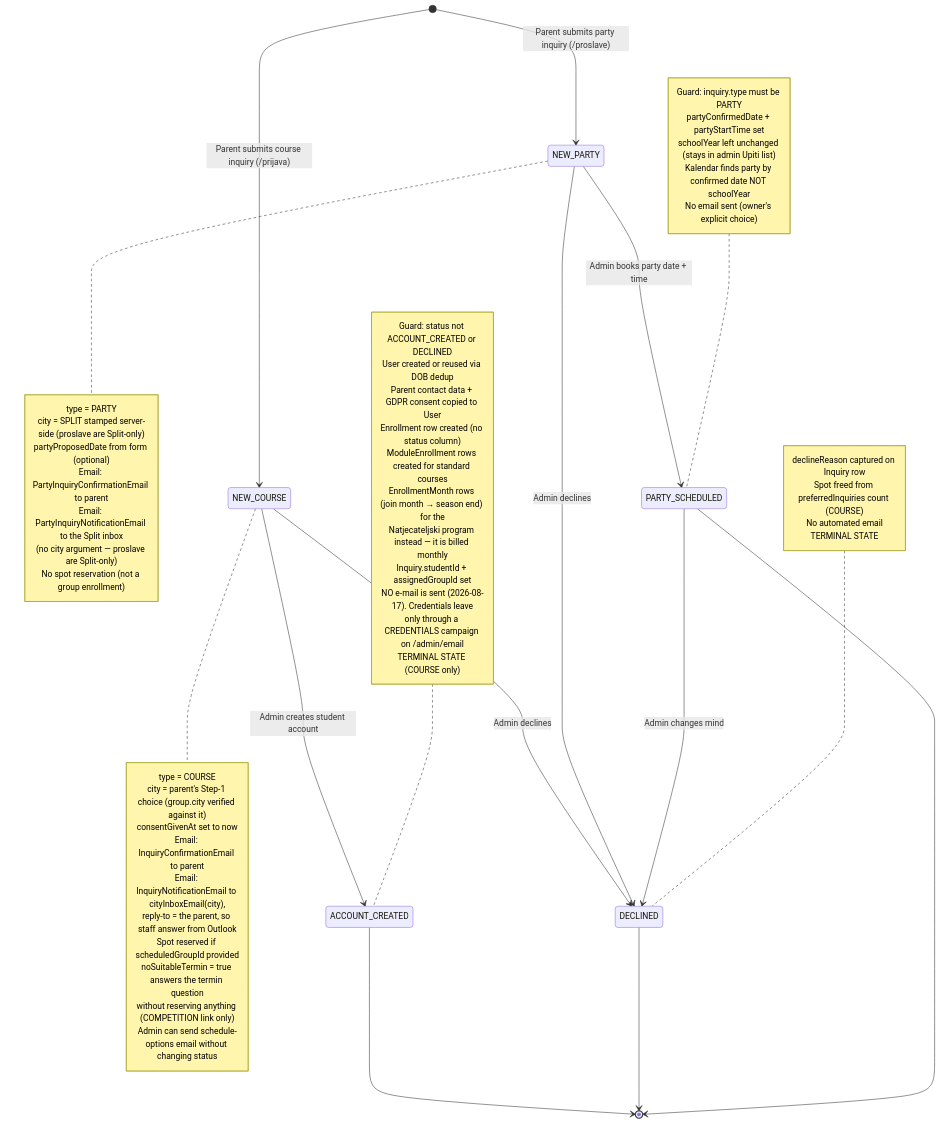
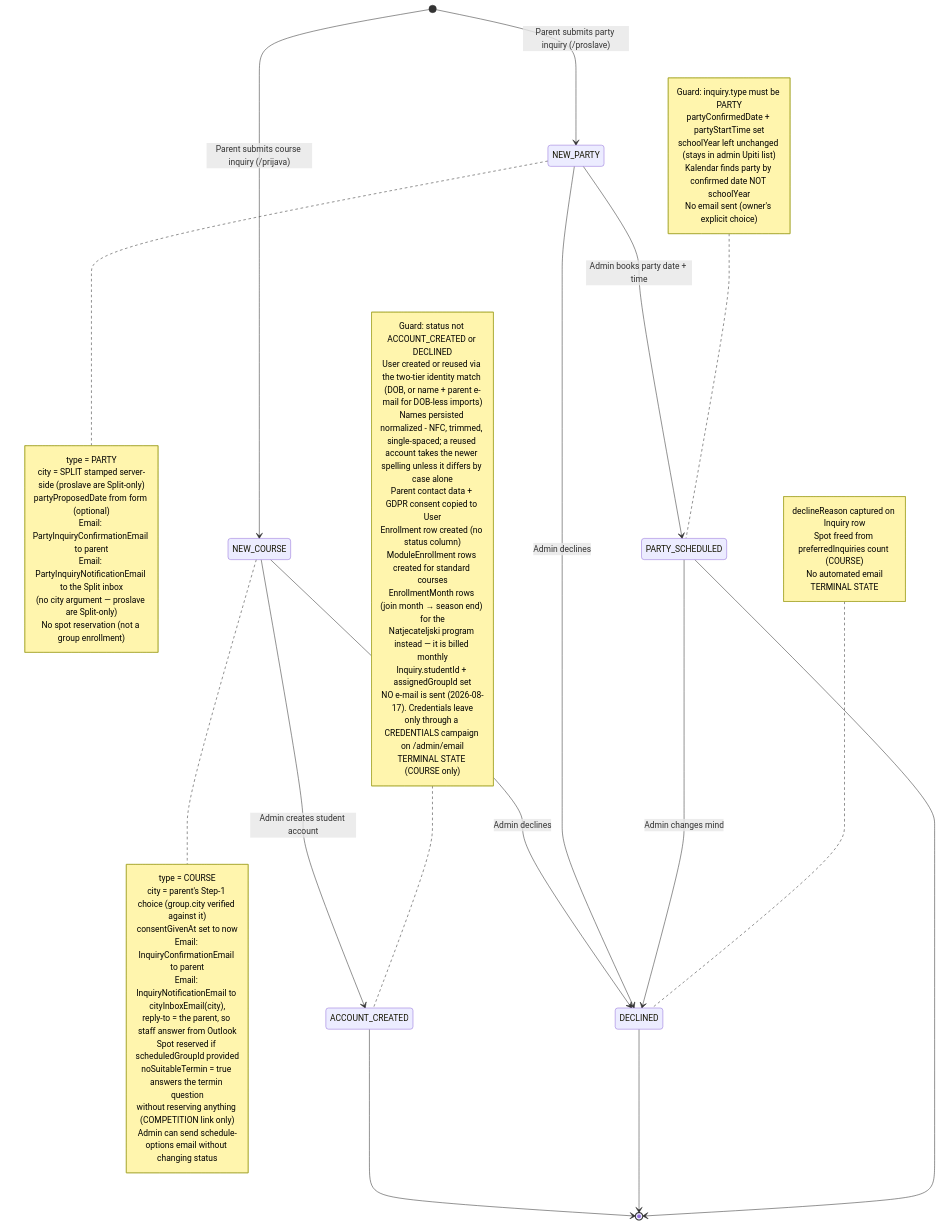
Before and after one commit to jpucic00/inovatic: the first of 17 diagrams in docs/diagrams/enrollment-rules.md, drawn with Mermaid. The commit also changed other lines of this file and 19 other files, not shown here.

````diff
--- a/docs/diagrams/enrollment-rules.md
+++ b/docs/diagrams/enrollment-rules.md
@@ -13,69 +13,70 @@
 ```mermaid
 stateDiagram-v2
     [*] --> NEW_COURSE: Parent submits course inquiry (/prijava)
     [*] --> NEW_PARTY: Parent submits party inquiry (/proslave)
 
     NEW_COURSE --> ACCOUNT_CREATED: Admin creates student account
     NEW_COURSE --> DECLINED: Admin declines
 
     NEW_PARTY --> PARTY_SCHEDULED: Admin books party date + time
     NEW_PARTY --> DECLINED: Admin declines
 
     PARTY_SCHEDULED --> DECLINED: Admin changes mind
 
     ACCOUNT_CREATED --> [*]
     DECLINED --> [*]
     PARTY_SCHEDULED --> [*]
 
     note right of NEW_COURSE
         type = COURSE
         city = parent's Step-1 choice (group.city verified against it)
         consentGivenAt set to now
         Email: InquiryConfirmationEmail to parent
         Email: InquiryNotificationEmail to cityInboxEmail(city),
         reply-to = the parent, so staff answer from Outlook
         Spot reserved if scheduledGroupId provided
         noSuitableTermin = true answers the termin question
         without reserving anything (COMPETITION link only)
         Admin can send schedule-options email without changing status
     end note
 
     note right of NEW_PARTY
         type = PARTY
         city = SPLIT stamped server-side (proslave are Split-only)
         partyProposedDate from form (optional)
         Email: PartyInquiryConfirmationEmail to parent
         Email: PartyInquiryNotificationEmail to the Split inbox
         (no city argument — proslave are Split-only)
         No spot reservation (not a group enrollment)
     end note
 
     note left of ACCOUNT_CREATED
         Guard: status not ACCOUNT_CREATED or DECLINED
-        User created or reused via DOB dedup
+        User created or reused via the two-tier identity match (DOB, or name + parent e-mail for DOB-less imports)
+        Names persisted normalized - NFC, trimmed, single-spaced; a reused account takes the newer spelling unless it differs by case alone
         Parent contact data + GDPR consent copied to User
         Enrollment row created (no status column)
         ModuleEnrollment rows created for standard courses
         EnrollmentMonth rows (join month → season end) for the
         Natjecateljski program instead — it is billed monthly
         Inquiry.studentId + assignedGroupId set
         NO e-mail is sent (2026-08-17). Credentials leave
         only through a CREDENTIALS campaign on /admin/email
         TERMINAL STATE (COURSE only)
     end note
 
     note left of PARTY_SCHEDULED
         Guard: inquiry.type must be PARTY
         partyConfirmedDate + partyStartTime set
         schoolYear left unchanged (stays in admin Upiti list)
         Kalendar finds party by confirmed date NOT schoolYear
         No email sent (owner's explicit choice)
     end note
 
     note left of DECLINED
         declineReason captured on Inquiry row
         Spot freed from preferredInquiries count (COURSE)
         No automated email
         TERMINAL STATE
     end note
 ```
````
